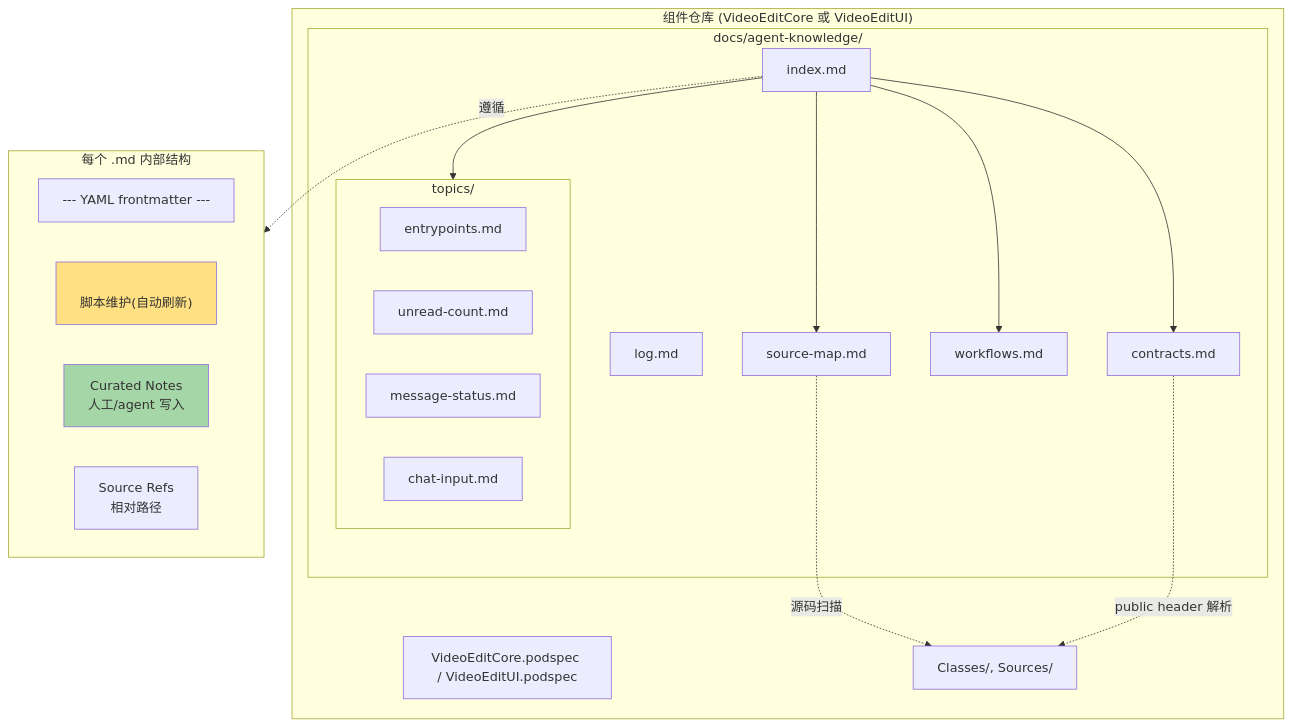
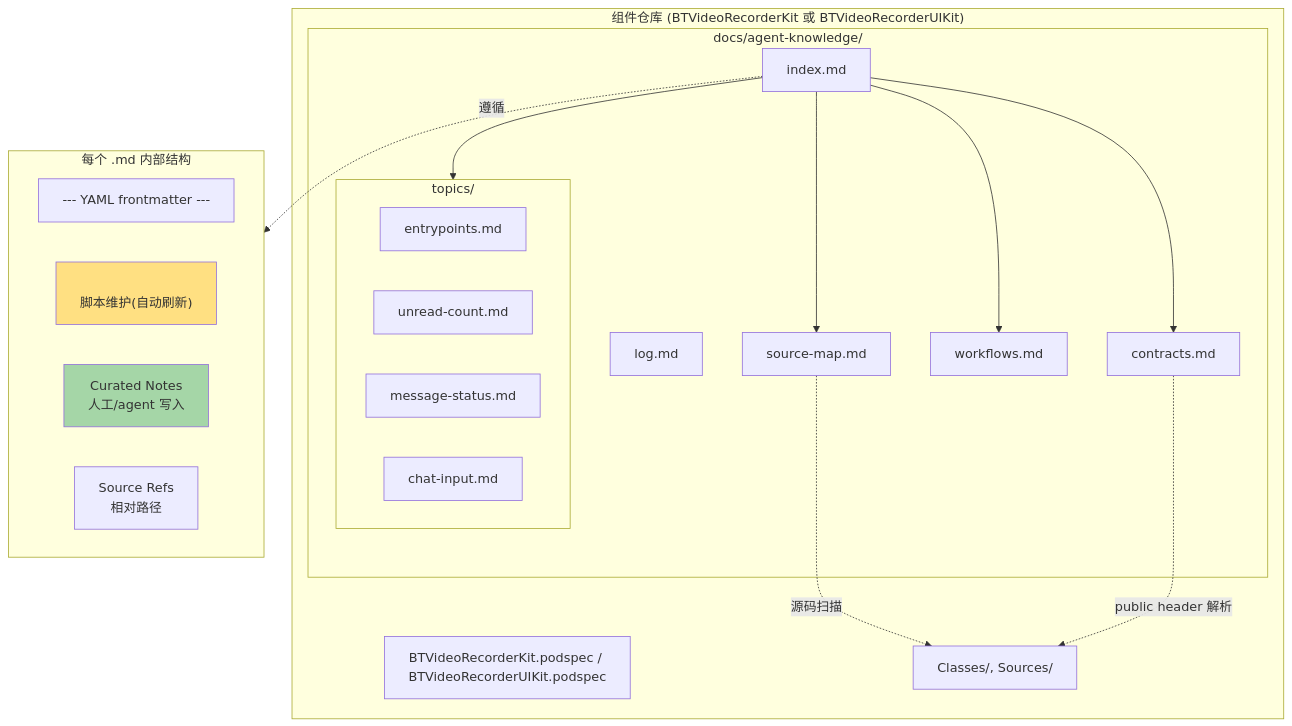
One commit to YuXilong-Labs/Agents changed the seventh of 10 diagrams in wk-video-dev/docs/architecture.md. Above: the diagram before and after it, drawn with Mermaid. The commit also changed other lines of this file and 46 other files, not shown here.

First line of the commit message:
refactor(wk-video-dev): 采用真实 pod 名 BTVideoRecorderKit/UIKit + 领域改为视频录制

````diff
--- a/wk-video-dev/docs/architecture.md
+++ b/wk-video-dev/docs/architecture.md
@@ -346,40 +346,40 @@
 ```mermaid
 graph TB
-  subgraph Repo["组件仓库 (VideoEditCore 或 VideoEditUI)"]
+  subgraph Repo["组件仓库 (BTVideoRecorderKit 或 BTVideoRecorderUIKit)"]
     subgraph KB["docs/agent-knowledge/"]
       IDX[index.md]
       LOG[log.md]
       SM[source-map.md]
       WF[workflows.md]
       CT[contracts.md]
       subgraph Topics["topics/"]
         T1[entrypoints.md]
         T2[unread-count.md]
         T3[message-status.md]
         T4[chat-input.md]
       end
     end
-    PODSPEC[VideoEditCore.podspec / VideoEditUI.podspec]
+    PODSPEC[BTVideoRecorderKit.podspec / BTVideoRecorderUIKit.podspec]
     SRC[Classes/, Sources/]
   end
 
   IDX --> SM
   IDX --> WF
   IDX --> CT
   IDX --> Topics
 
   SM -.源码扫描.-> SRC
   CT -.public header 解析.-> SRC
 
   subgraph Block["每个 .md 内部结构"]
     FM["--- YAML frontmatter ---"]
     GB["<!-- WK-VIDEO-GENERATED:START -->\n脚本维护(自动刷新)\n<!-- WK-VIDEO-GENERATED:END -->"]
     CN[Curated Notes\n人工/agent 写入]
     SR[Source Refs\n相对路径]
   end
 
   IDX -.遵循.-> Block
 
   style GB fill:#ffe082
   style CN fill:#a5d6a7
 ```
````
